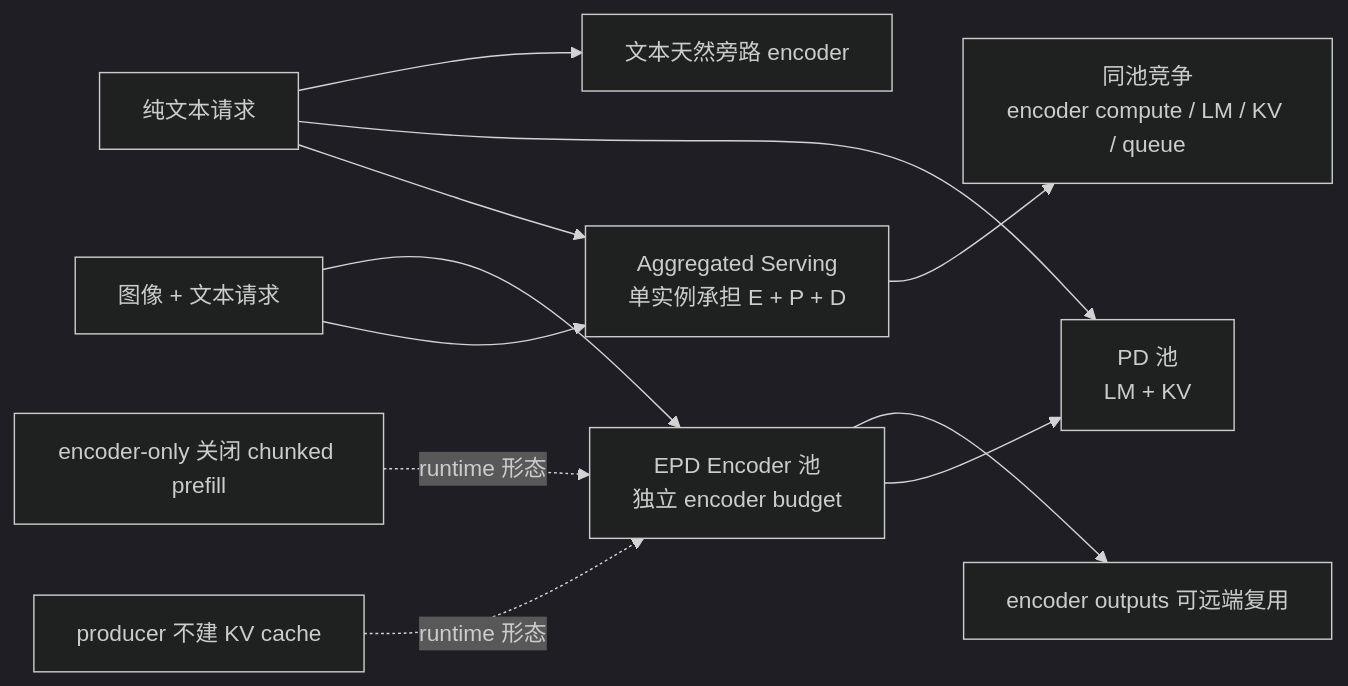
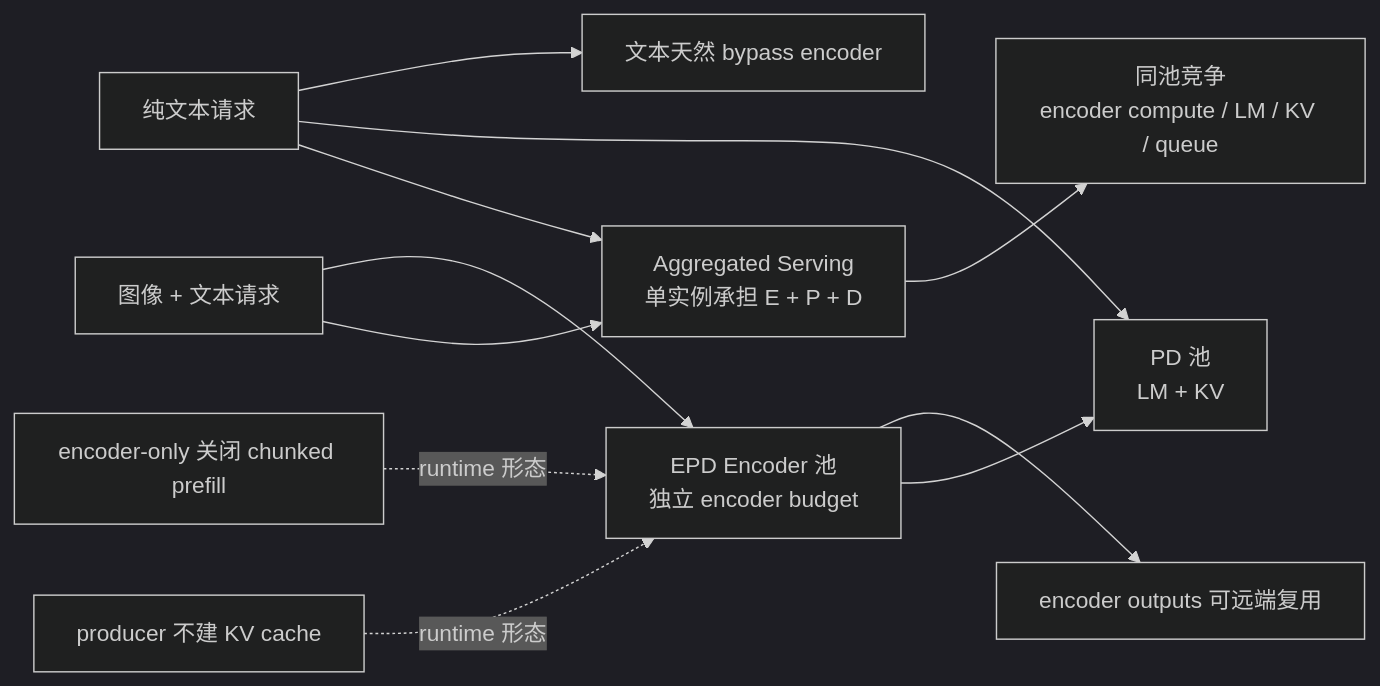
The second of 19 diagrams in src/content/blog/others/inside-vllm-epd-disaggregated-encoder-prefill-decode.md (yuanlehome/blog), drawn with Mermaid (dark theme) before and after one commit. The commit also changed other lines of this file, not shown here.

Commit message:
Replace 旁路 with bypass in EPD article

````diff
--- a/src/content/blog/others/inside-vllm-epd-disaggregated-encoder-prefill-decode.md
+++ b/src/content/blog/others/inside-vllm-epd-disaggregated-encoder-prefill-decode.md
@@ -67,15 +67,15 @@
 ```mermaid
 flowchart LR
   MM["图像 + 文本请求"] --> Agg["Aggregated Serving<br/>单实例承担 E + P + D"]
   TXT["纯文本请求"] --> Agg
   Agg --> Interfere["同池竞争<br/>encoder compute / LM / KV / queue"]
 
   MM --> E["EPD Encoder 池<br/>独立 encoder budget"]
   E --> PD["PD 池<br/>LM + KV"]
   TXT --> PD
   E --> Reuse["encoder outputs 可远端复用"]
-  TXT --> Bypass["文本天然旁路 encoder"]
+  TXT --> Bypass["文本天然 bypass encoder"]
 
   NoKV["producer 不建 KV cache"] -.runtime 形态.-> E
   Chunk["encoder-only 关闭 chunked prefill"] -.runtime 形态.-> E
 ```
````
